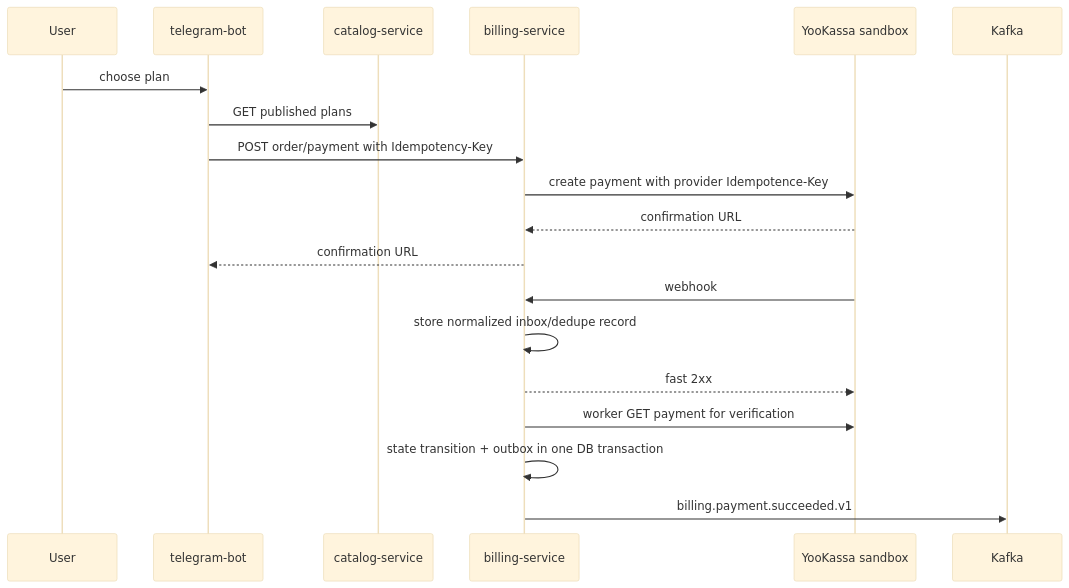
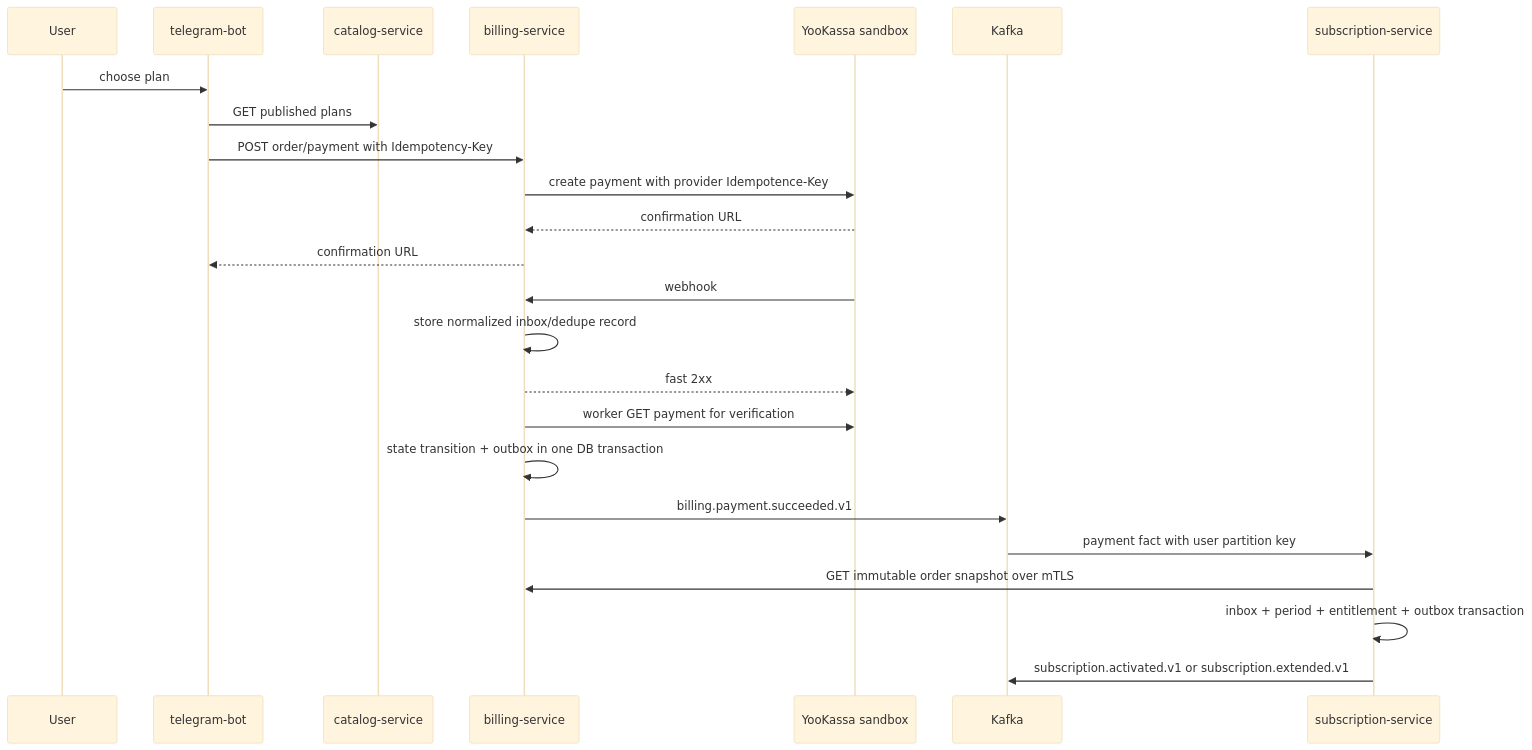
The third of 6 diagrams in docs/architecture.md (ZheglY/vpn-platform), drawn with Mermaid (base theme) before and after one commit. The commit also changed other lines of this file and 48 other files, not shown here.

````diff
--- a/docs/architecture.md
+++ b/docs/architecture.md
@@ -167,21 +167,26 @@
 ```mermaid
 sequenceDiagram
     participant User
     participant Bot as telegram-bot
     participant Catalog as catalog-service
     participant Billing as billing-service
     participant Yoo as YooKassa sandbox
     participant Kafka
+    participant Sub as subscription-service
     User->>Bot: choose plan
     Bot->>Catalog: GET published plans
     Bot->>Billing: POST order/payment with Idempotency-Key
     Billing->>Yoo: create payment with provider Idempotence-Key
     Yoo-->>Billing: confirmation URL
     Billing-->>Bot: confirmation URL
     Yoo->>Billing: webhook
     Billing->>Billing: store normalized inbox/dedupe record
     Billing-->>Yoo: fast 2xx
     Billing->>Yoo: worker GET payment for verification
     Billing->>Billing: state transition + outbox in one DB transaction
     Billing->>Kafka: billing.payment.succeeded.v1
+    Kafka->>Sub: payment fact with user partition key
+    Sub->>Billing: GET immutable order snapshot over mTLS
+    Sub->>Sub: inbox + period + entitlement + outbox transaction
+    Sub->>Kafka: subscription.activated.v1 or subscription.extended.v1
 ```
````
